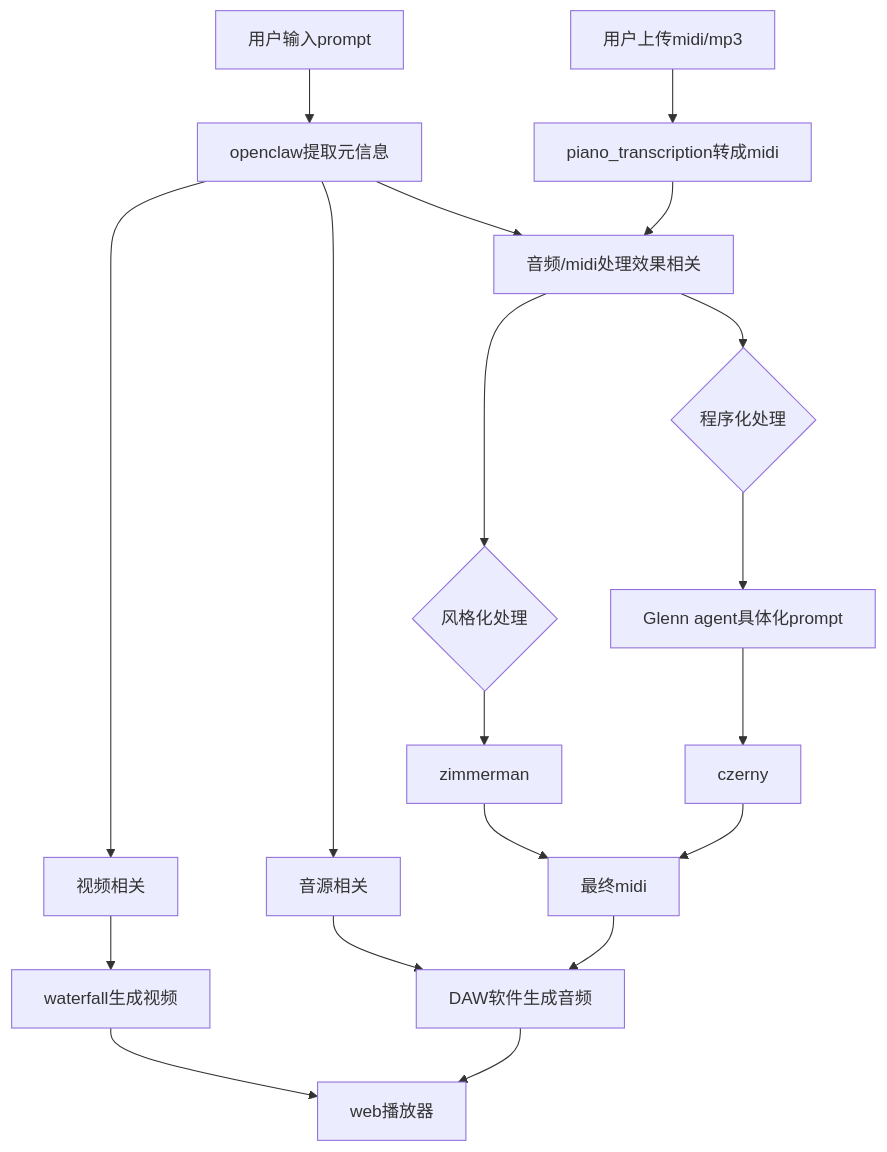
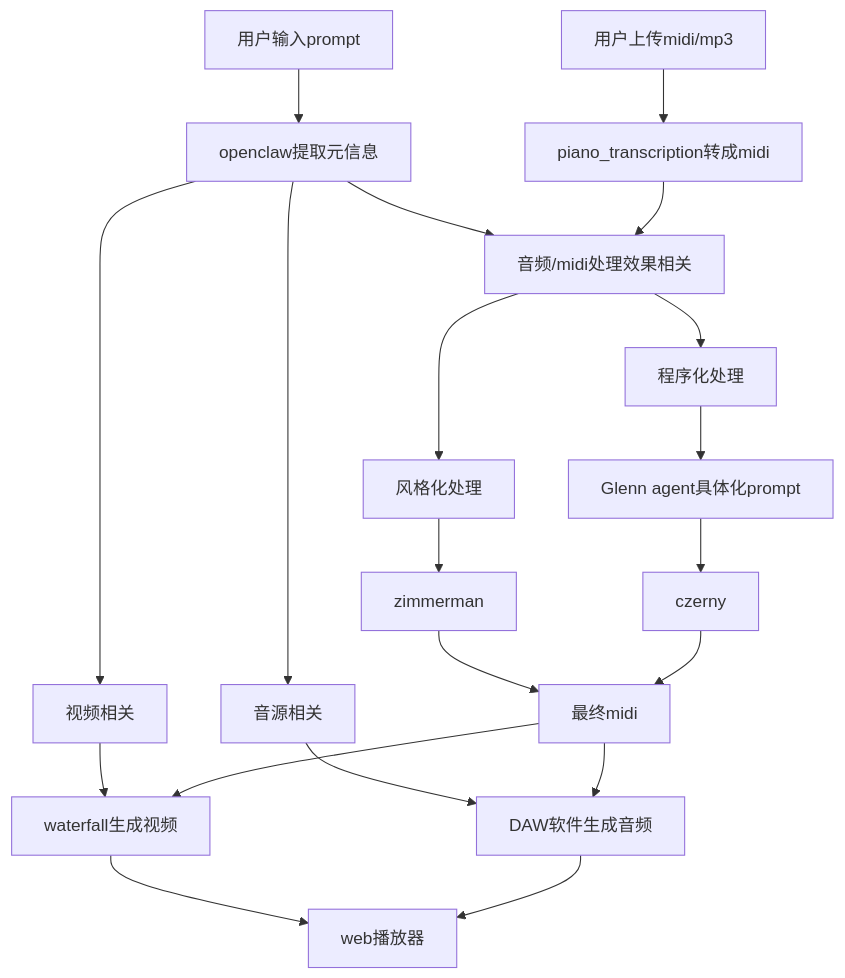
One commit to Opus-No0/Opus-No0.github.io changed the diagram in docs/TODO.md. Above: the diagram before and after it, drawn with Mermaid.

````diff
--- a/docs/TODO.md
+++ b/docs/TODO.md
@@ -3,21 +3,22 @@
 ```mermaid
 graph TD
    A[用户上传midi/mp3] --> C[piano_transcription转成midi]
    B[用户输入prompt] --> D[openclaw提取元信息]
 	D --> E[音频/midi处理效果相关]
     C --> E
     D --> K[视频相关]
     D --> L[音源相关]
-   E --> F{风格化处理}
+   E --> F[风格化处理]
    F --> J[zimmerman]
-   E --> G{程序化处理}
+   E --> G[程序化处理]
    G --> H[Glenn agent具体化prompt]
    H --> I[czerny]
    K --> M[waterfall生成视频]
    J --> P[最终midi]
    I --> P
    L --> N[DAW软件生成音频]
    P --> N
+   P --> M
    M --> O[web播放器]
    N --> O
 ```
````
